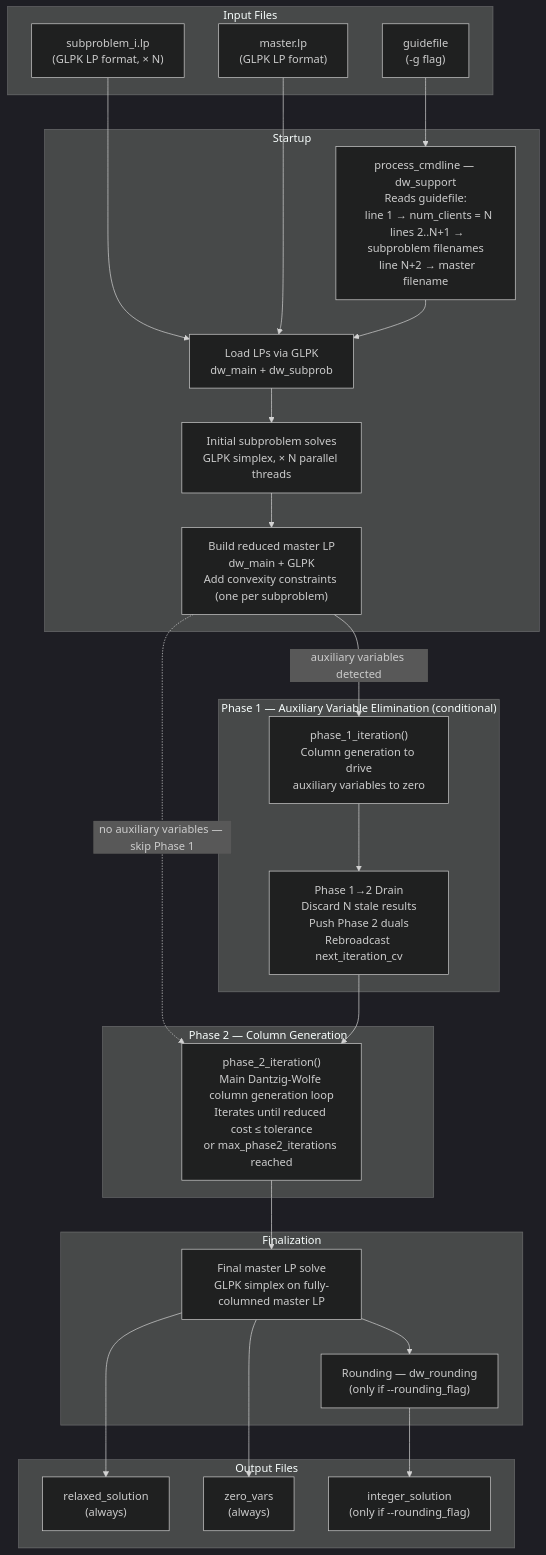
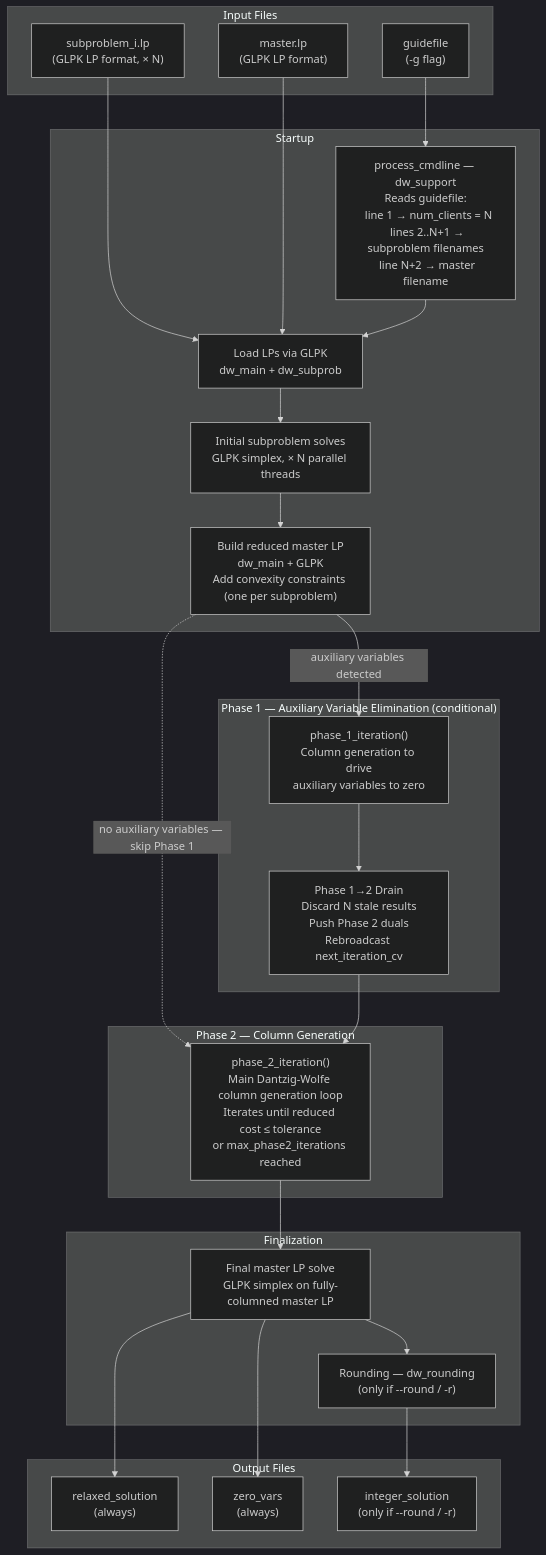
The diagram in architecture/data-flow.md (alotau/dwsolver), drawn with Mermaid (dark theme) before and after one commit.

````diff
--- a/architecture/data-flow.md
+++ b/architecture/data-flow.md
@@ -9,54 +9,54 @@
 ```mermaid
 flowchart TD
     subgraph Inputs["Input Files"]
         GF["guidefile\n(-g flag)"]
         SLP["subproblem_i.lp\n(GLPK LP format, × N)"]
         MLP["master.lp\n(GLPK LP format)"]
     end
 
     subgraph Startup["Startup"]
         PARSE["process_cmdline — dw_support\nReads guidefile:\n  line 1 → num_clients = N\n  lines 2..N+1 → subproblem filenames\n  line N+2 → master filename"]
         LOAD["Load LPs via GLPK\ndw_main + dw_subprob"]
         INIT_SOLVE["Initial subproblem solves\nGLPK simplex, × N parallel threads"]
         BUILD_MASTER["Build reduced master LP\ndw_main + GLPK\nAdd convexity constraints (one per subproblem)"]
     end
 
     subgraph Ph1Region["Phase 1 — Auxiliary Variable Elimination (conditional)"]
         PH1["phase_1_iteration()\nColumn generation to drive\nauxiliary variables to zero"]
         DRAIN["Phase 1→2 Drain\nDiscard N stale results\nPush Phase 2 duals\nRebroadcast next_iteration_cv"]
     end
 
     subgraph Ph2Region["Phase 2 — Column Generation"]
         PH2["phase_2_iteration()\nMain Dantzig-Wolfe column generation loop\nIterates until reduced cost ≤ tolerance\nor max_phase2_iterations reached"]
     end
 
     subgraph Final["Finalization"]
         FINAL["Final master LP solve\nGLPK simplex on fully-columned master LP"]
-        ROUND["Rounding — dw_rounding\n(only if --rounding_flag)"]
+        ROUND["Rounding — dw_rounding\n(only if --round / -r)"]
     end
 
     subgraph Outputs["Output Files"]
         OUT_RS["relaxed_solution\n(always)"]
         OUT_ZV["zero_vars\n(always)"]
-        OUT_INT["integer_solution\n(only if --rounding_flag)"]
+        OUT_INT["integer_solution\n(only if --round / -r)"]
     end
 
     GF --> PARSE
     SLP --> LOAD
     MLP --> LOAD
     PARSE --> LOAD
     LOAD --> INIT_SOLVE
     INIT_SOLVE --> BUILD_MASTER
 
     BUILD_MASTER -->|"auxiliary variables detected"| PH1
     BUILD_MASTER -.->|"no auxiliary variables — skip Phase 1"| PH2
 
     PH1 --> DRAIN
     DRAIN --> PH2
 
     PH2 --> FINAL
     FINAL --> ROUND
     FINAL --> OUT_RS
     FINAL --> OUT_ZV
     ROUND --> OUT_INT
 ```
````
